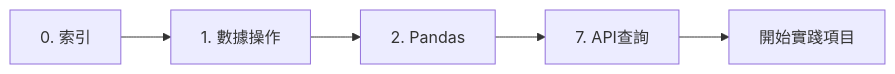
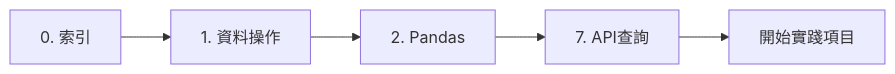
One commit to markl-a/My-AI-Learning-Notes changed the first of 2 diagrams in 1.從AI到LLM基礎/4.DL/00.DL_Path/2_預備知識/README.md. Above: the diagram before and after it, drawn with Mermaid. The commit also changed other lines of this file and 273 other files, not shown here.

````diff
--- a/1.從AI到LLM基礎/4.DL/00.DL_Path/2_預備知識/README.md
+++ b/1.從AI到LLM基礎/4.DL/00.DL_Path/2_預備知識/README.md
@@ -36,7 +36,7 @@
 ```mermaid
 graph LR
-    A[0. 索引] --> B[1. 數據操作]
+    A[0. 索引] --> B[1. 資料操作]
     B --> C[2. Pandas]
     C --> D[7. API查詢]
     D --> E[開始實踐項目]
 ```
````
